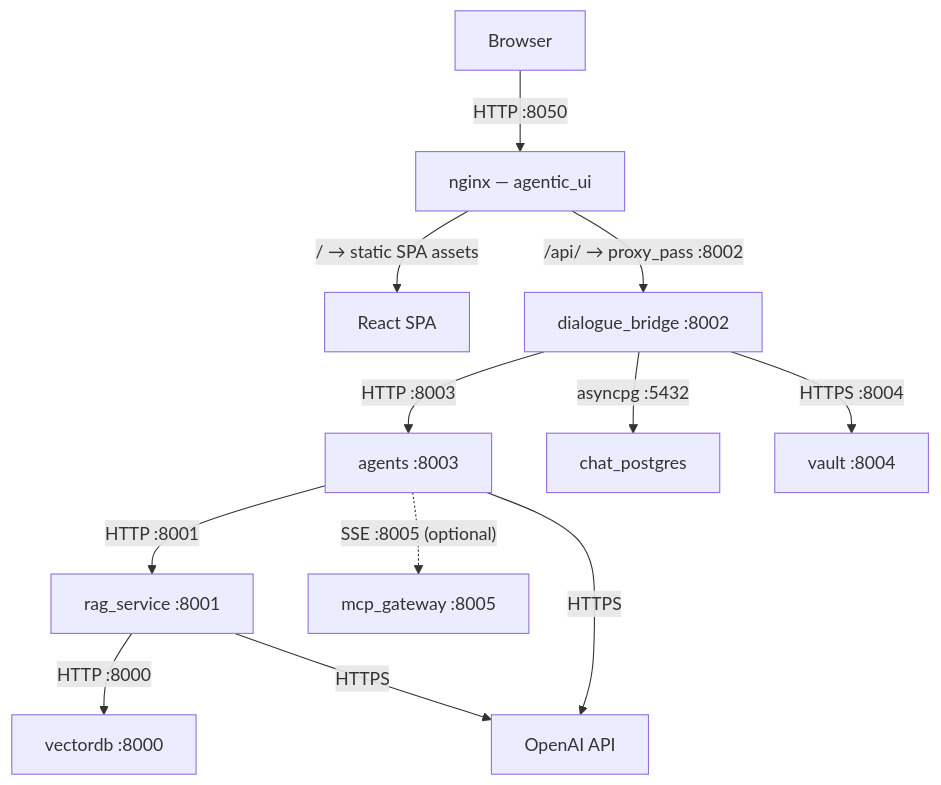
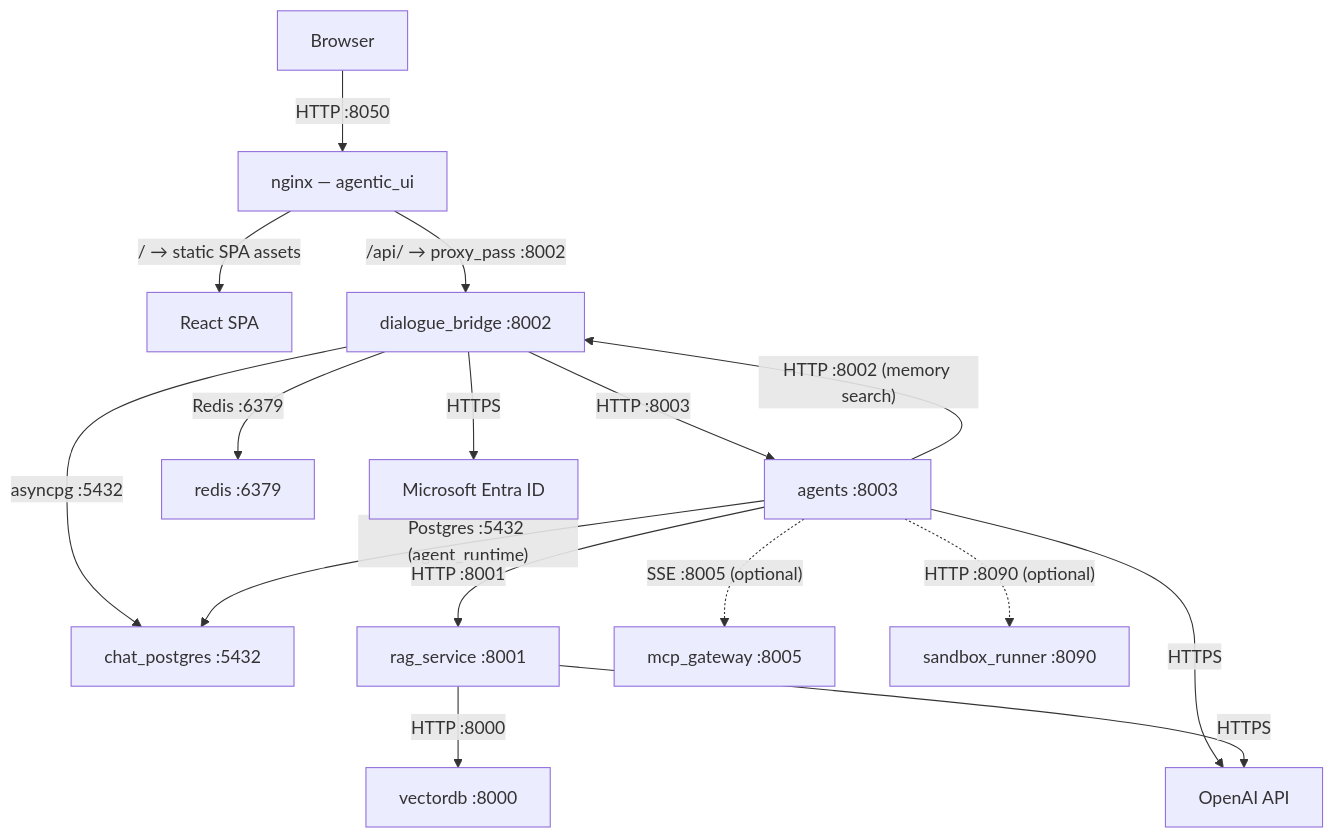
The seventh of 10 diagrams in README.md (konstantinosmpouros/mAgenticX), drawn with Mermaid before and after one commit. The commit also changed other lines of this file and 7 other files, not shown here.

First line of the commit message:
feat(agents): enable sandboxed execute on Dennis through the sandbox runner

````diff
--- a/README.md
+++ b/README.md
@@ -316,13 +387,17 @@
 ```mermaid
 flowchart TD
     Browser["Browser"] -->|"HTTP :8050"| Nginx["nginx — agentic_ui"]
     Nginx -->|"/ → static SPA assets"| SPA["React SPA"]
     Nginx -->|"/api/ → proxy_pass :8002"| Bridge["dialogue_bridge :8002"]
     Bridge -->|"HTTP :8003"| Agents["agents :8003"]
-    Bridge -->|"asyncpg :5432"| PG["chat_postgres"]
-    Bridge -->|"HTTPS :8004"| Vault["vault :8004"]
+    Bridge -->|"asyncpg :5432"| PG["chat_postgres :5432"]
+    Bridge -->|"Redis :6379"| Redis["redis :6379"]
+    Bridge -->|"HTTPS"| Entra["Microsoft Entra ID"]
+    Agents -->|"HTTP :8002 (memory search)"| Bridge
+    Agents -->|"Postgres :5432 (agent_runtime)"| PG
     Agents -->|"HTTP :8001"| RAG["rag_service :8001"]
     Agents -.->|"SSE :8005 (optional)"| MCP["mcp_gateway :8005"]
+    Agents -.->|"HTTP :8090 (optional)"| Sandbox["sandbox_runner :8090"]
     RAG -->|"HTTP :8000"| Chroma["vectordb :8000"]
     Agents & RAG -->|"HTTPS"| OpenAI["OpenAI API"]
 ```
````
